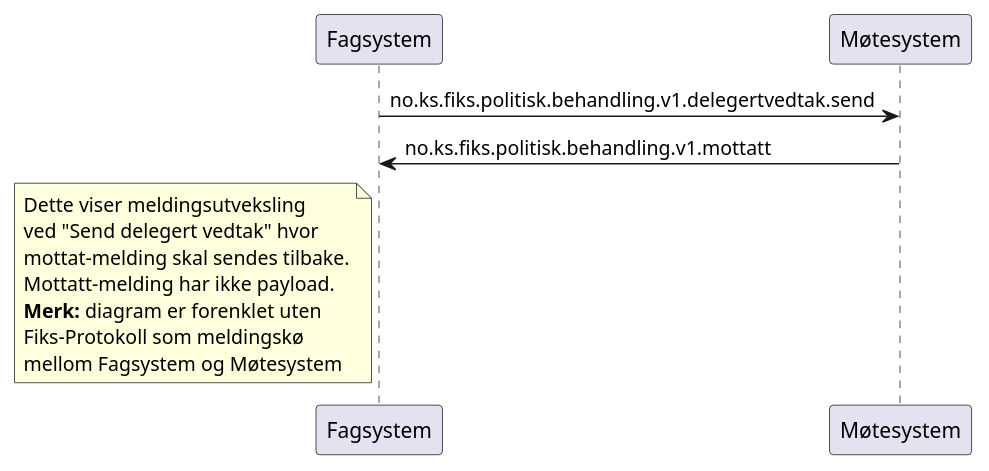
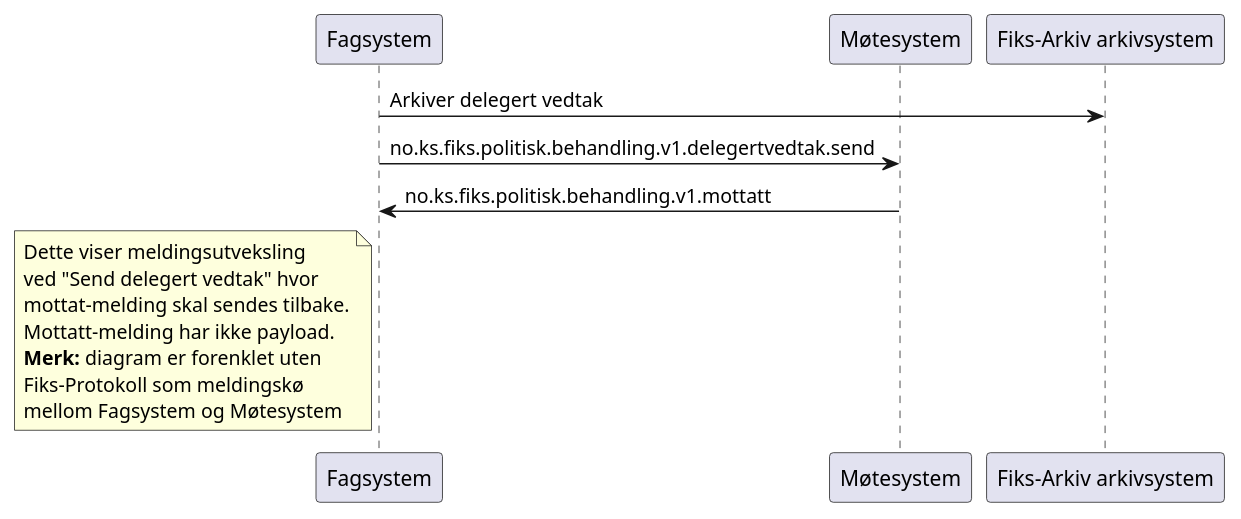
The diagram in Dokumentasjon/V1/meldingsutveksling/delegertvedtak-send/sekvensdiagram/sekvensdiagram-delegertvedtak-send.puml (ks-no/fiks-politisk-behandling-specification), drawn with PlantUML before and after one commit. The commit also changed 57 other files, not shown here.

Commit message:
Oppdatert diagrammer og README's i henhold til kommentarer

```diff
--- a/Dokumentasjon/V1/meldingsutveksling/delegertvedtak-send/sekvensdiagram/sekvensdiagram-delegertvedtak-send.puml
+++ b/Dokumentasjon/V1/meldingsutveksling/delegertvedtak-send/sekvensdiagram/sekvensdiagram-delegertvedtak-send.puml
@@ -1,18 +1,21 @@
 @startuml
 participant Fagsystem as "Fagsystem"
 participant Møtesystem as "Møtesystem"
+participant Arkivsystem as "Fiks-Arkiv arkivsystem"
 
+Fagsystem -> Arkivsystem : Arkiver delegert vedtak
 Fagsystem -> Møtesystem : no.ks.fiks.politisk.behandling.v1.delegertvedtak.send
 Fagsystem <- Møtesystem : no.ks.fiks.politisk.behandling.v1.mottatt
+
 
 note left of Fagsystem
 Dette viser meldingsutveksling
 ved "Send delegert vedtak" hvor 
 mottat-melding skal sendes tilbake.
 Mottatt-melding har ikke payload.
 **Merk:** diagram er forenklet uten
 Fiks-Protokoll som meldingskø
 mellom Fagsystem og Møtesystem
 end note
 
 @enduml
```
